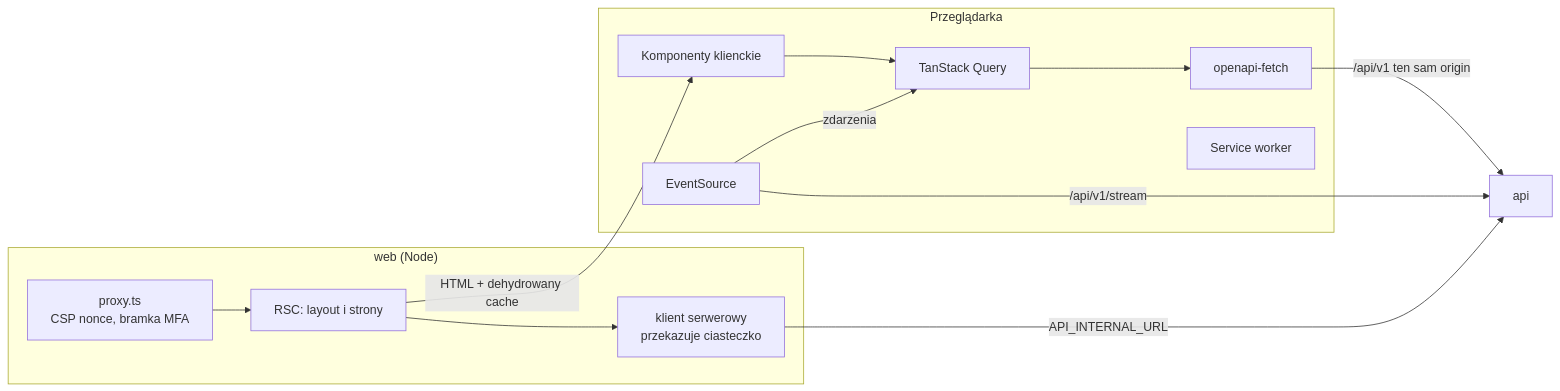
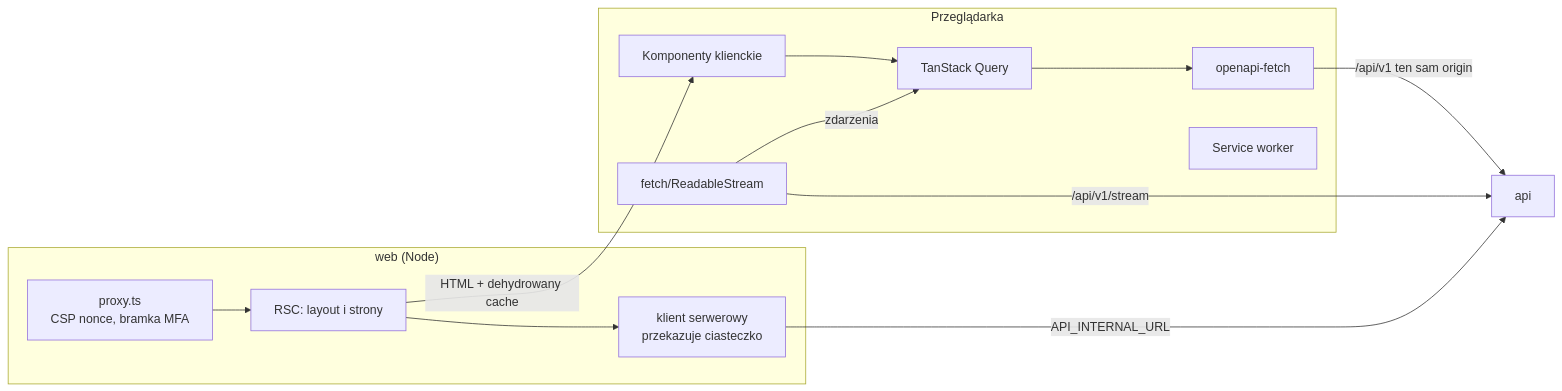
The diagram in docs/04-frontend/architektura-ui.md (Ipper18/OligInvest), drawn with Mermaid before and after one commit. The commit also changed other lines of this file and 7 other files, not shown here.

````diff
--- a/docs/04-frontend/architektura-ui.md
+++ b/docs/04-frontend/architektura-ui.md
@@ -40,17 +40,17 @@
 ```mermaid
 flowchart LR
   subgraph B["Przeglądarka"]
     CC["Komponenty klienckie"] --> TQ["TanStack Query"]
     TQ --> OF["openapi-fetch"]
-    ES["EventSource"] -->|"zdarzenia"| TQ
+    ES["fetch/ReadableStream"] -->|"zdarzenia"| TQ
     SW["Service worker"]
   end
   subgraph WEB["web (Node)"]
     PX["proxy.ts<br/>CSP nonce, bramka MFA"] --> RSC["RSC: layout i strony"]
     RSC --> SC["klient serwerowy<br/>przekazuje ciasteczko"]
   end
   OF -->|"/api/v1 ten sam origin"| API["api"]
   ES -->|"/api/v1/stream"| API
   SC -->|"API_INTERNAL_URL"| API
   RSC -->|"HTML + dehydrowany cache"| CC
 ```
````
